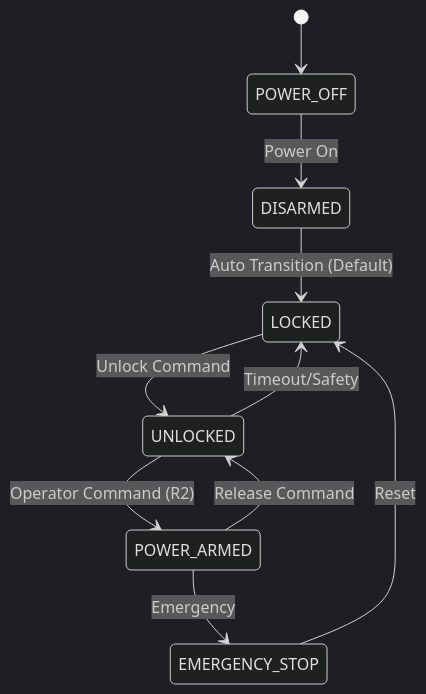
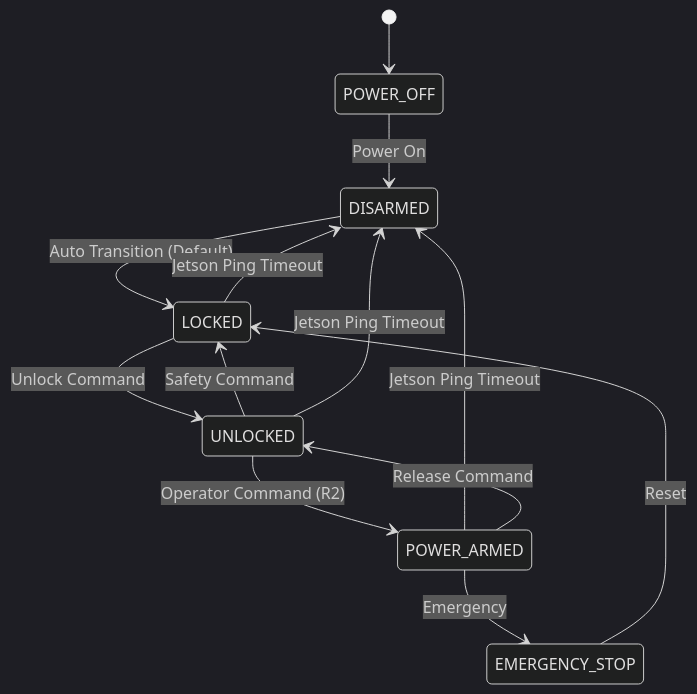
The third of 3 diagrams in README.md (AryanRai/SIRI-Elec), drawn with Mermaid (dark theme) before and after one commit. The commit also changed 3 other files, not shown here.

````diff
--- a/README.md
+++ b/README.md
@@ -298,12 +298,15 @@
 ```mermaid
 stateDiagram-v2
     [*] --> POWER_OFF
     POWER_OFF --> DISARMED : Power On
     DISARMED --> LOCKED : Auto Transition (Default)
     LOCKED --> UNLOCKED : Unlock Command
     UNLOCKED --> POWER_ARMED : Operator Command (R2)
-    UNLOCKED --> LOCKED : Timeout/Safety
+    UNLOCKED --> LOCKED : Safety Command
+    UNLOCKED --> DISARMED : Jetson Ping Timeout
+    POWER_ARMED --> DISARMED : Jetson Ping Timeout
+    LOCKED --> DISARMED : Jetson Ping Timeout
     POWER_ARMED --> UNLOCKED : Release Command
     POWER_ARMED --> EMERGENCY_STOP : Emergency
     EMERGENCY_STOP --> LOCKED : Reset
 ```
````
